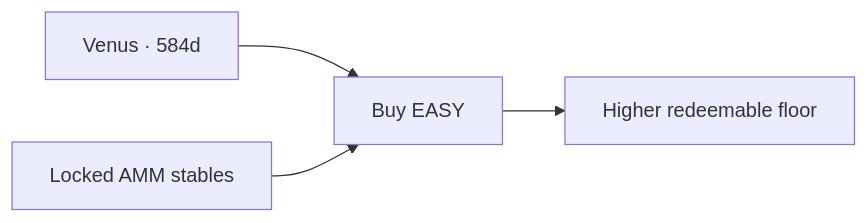
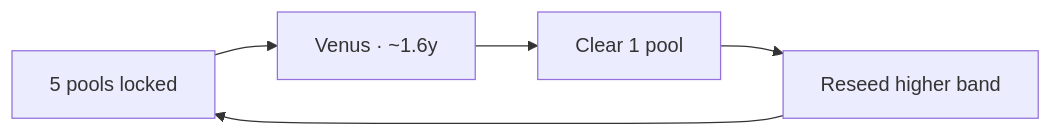
The first of 2 diagrams in celestial-buybacks.md (dougbutner/flex.report), drawn with Mermaid before and after one commit. The commit also changed other lines of this file and 46 other files, not shown here.

````diff
--- a/celestial-buybacks.md
+++ b/celestial-buybacks.md
@@ -18,6 +40,7 @@
 ```mermaid
 flowchart LR
-  V["Venus · 584d"] --> Buy[Buy EASY]
-  Buy --> Floor[Higher redeemable floor]
-  Pools[Locked AMM stables] --> Buy
+  Lock[5 pools locked] --> V["Venus · ~1.6y"]
+  V --> One[Clear 1 pool]
+  One --> Reseed[Reseed higher band]
+  Reseed --> Lock
 ```
````
